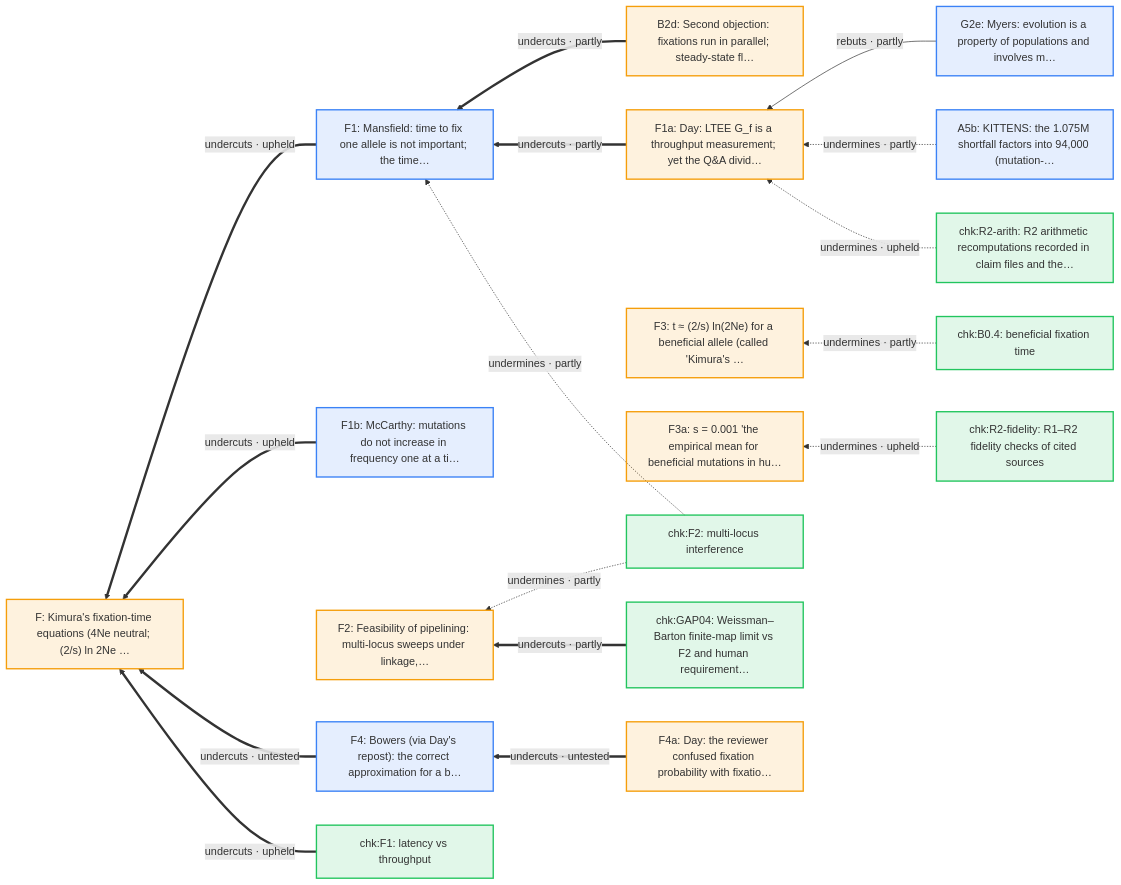
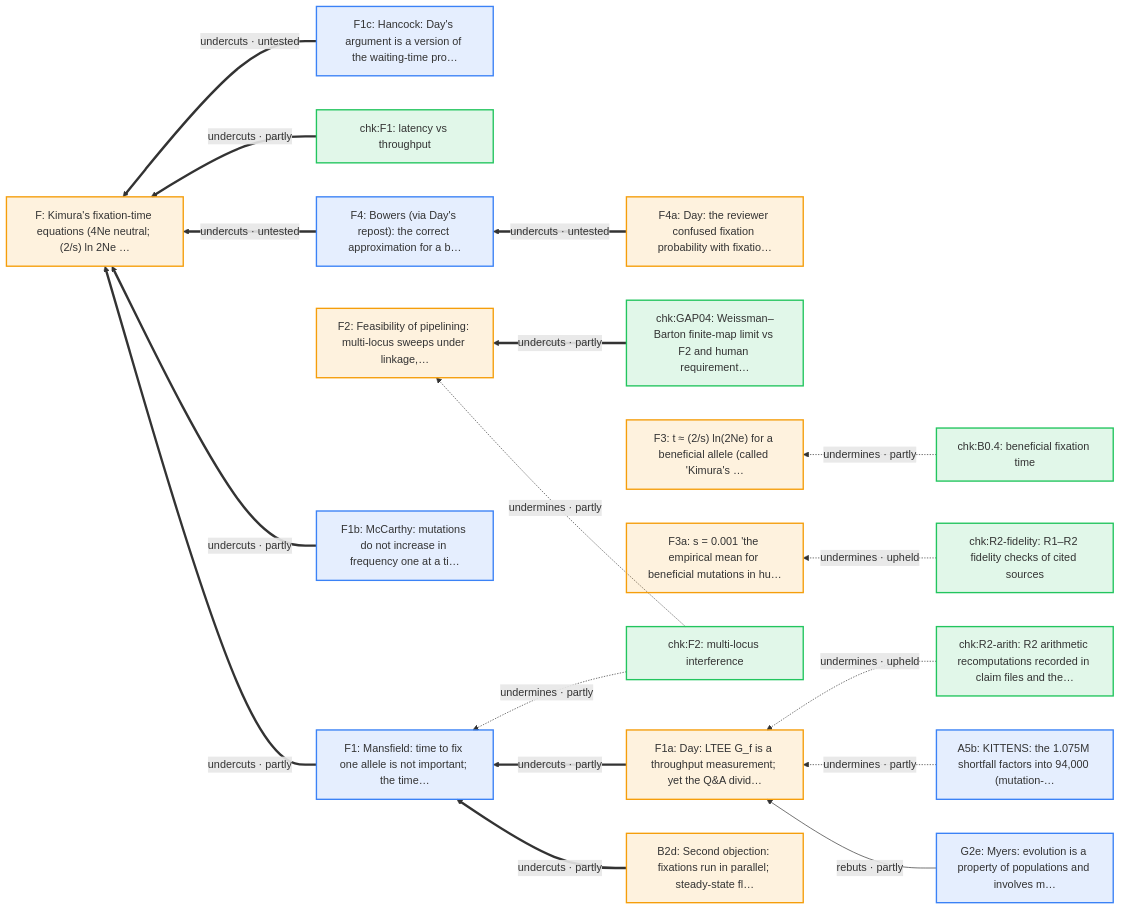
Before and after one commit to nickallevato/evo-sim: diagram 12 of 18 in docs/arguments/defeaters.md, drawn with Mermaid. The commit also changed other lines of this file and 93 other files, not shown here.

````diff
--- a/docs/arguments/defeaters.md
+++ b/docs/arguments/defeaters.md
@@ -514,41 +593,43 @@
 ```mermaid
 flowchart RL
   classDef day fill:#f59e0b22,stroke:#f59e0b,stroke-width:2px
   classDef ally fill:#d9770622,stroke:#d97706,stroke-width:2px
   classDef critic fill:#3b82f622,stroke:#3b82f6,stroke-width:2px
   classDef literature fill:#a3a3a322,stroke:#a3a3a3,stroke-width:2px
   classDef audit fill:#22c55e22,stroke:#22c55e,stroke-width:2px
   A5b["A5b: KITTENS: the 1.075M shortfall factors into 94,000 (mutation-…"]:::critic
   B2d["B2d: Second objection: fixations run in parallel; steady-state fl…"]:::day
   F["F: Kimura's fixation-time equations (4Ne neutral; (2/s) ln 2Ne …"]:::day
   F1["F1: Mansfield: time to fix one allele is not important; the time…"]:::critic
   F1a["F1a: Day: LTEE G_f is a throughput measurement; yet the Q&A divid…"]:::day
   F1b["F1b: McCarthy: mutations do not increase in frequency one at a ti…"]:::critic
+  F1c["F1c: Hancock: Day's argument is a version of the waiting-time pro…"]:::critic
   F2["F2: Feasibility of pipelining: multi-locus sweeps under linkage,…"]:::day
   F3["F3: t ≈ (2/s) ln(2Ne) for a beneficial allele (called 'Kimura's …"]:::day
   F3a["F3a: s = 0.001 'the empirical mean for beneficial mutations in hu…"]:::day
   F4["F4: Bowers (via Day's repost): the correct approximation for a b…"]:::critic
   F4a["F4a: Day: the reviewer confused fixation probability with fixatio…"]:::day
   G2e["G2e: Myers: evolution is a property of populations and involves m…"]:::critic
   chk_B0_4["chk:B0.4: beneficial fixation time"]:::audit
   chk_F1["chk:F1: latency vs throughput"]:::audit
   chk_F2["chk:F2: multi-locus interference"]:::audit
   chk_GAP04["chk:GAP04: Weissman–Barton finite-map limit vs F2 and human requirement…"]:::audit
   chk_R2_arith["chk:R2-arith: R2 arithmetic recomputations recorded in claim files and the…"]:::audit
   chk_R2_fidelity["chk:R2-fidelity: R1–R2 fidelity checks of cited sources"]:::audit
-  F1 ==>|"undercuts · upheld"| F
-  F1b ==>|"undercuts · upheld"| F
+  F1 ==>|"undercuts · partly"| F
+  F1b ==>|"undercuts · partly"| F
   F4 ==>|"undercuts · untested"| F
-  chk_F1 ==>|"undercuts · upheld"| F
+  chk_F1 ==>|"undercuts · partly"| F
+  F1c ==>|"undercuts · untested"| F
   B2d ==>|"undercuts · partly"| F1
   F1a ==>|"undercuts · partly"| F1
   chk_F2 -.->|"undermines · partly"| F1
   chk_F2 -.->|"undermines · partly"| F2
   chk_GAP04 ==>|"undercuts · partly"| F2
   chk_B0_4 -.->|"undermines · partly"| F3
   F4a ==>|"undercuts · untested"| F4
   G2e -->|"rebuts · partly"| F1a
   A5b -.->|"undermines · partly"| F1a
   chk_R2_arith -.->|"undermines · upheld"| F1a
   chk_R2_fidelity -.->|"undermines · upheld"| F3a
 ```
````
